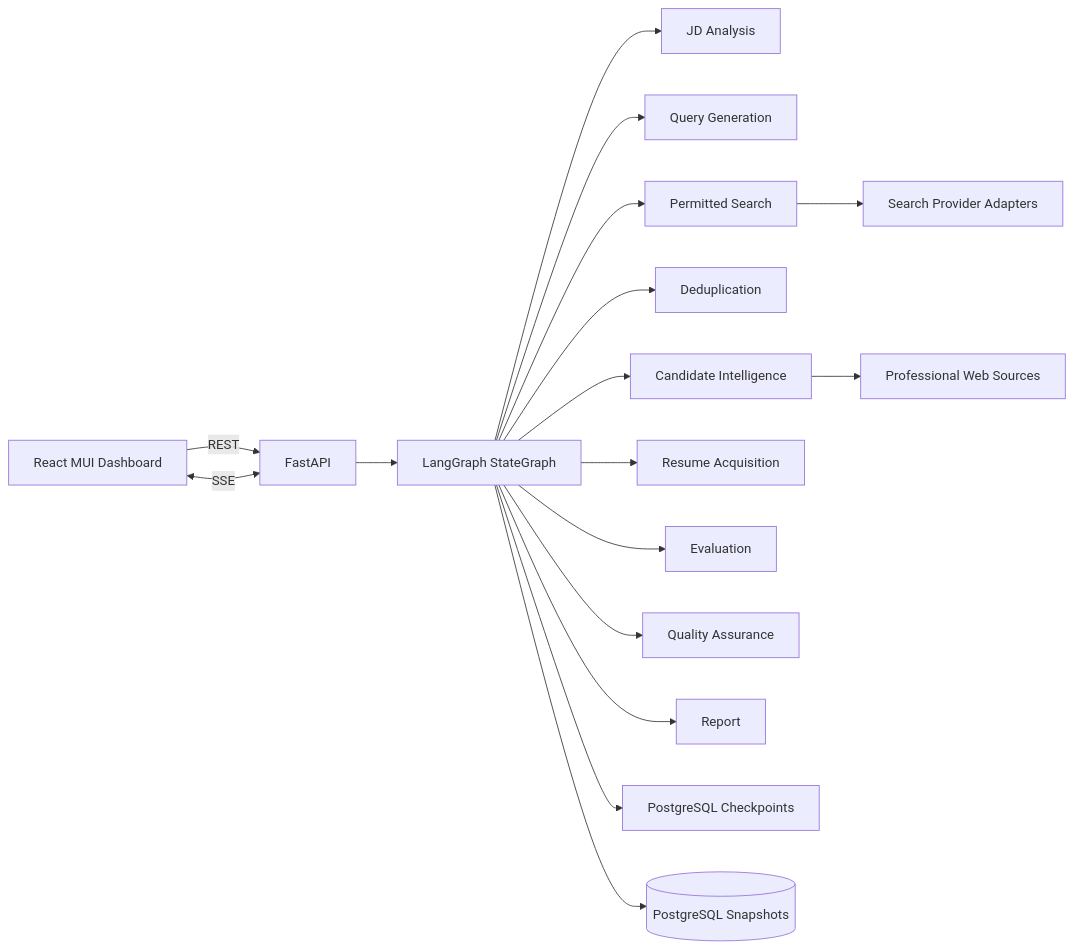
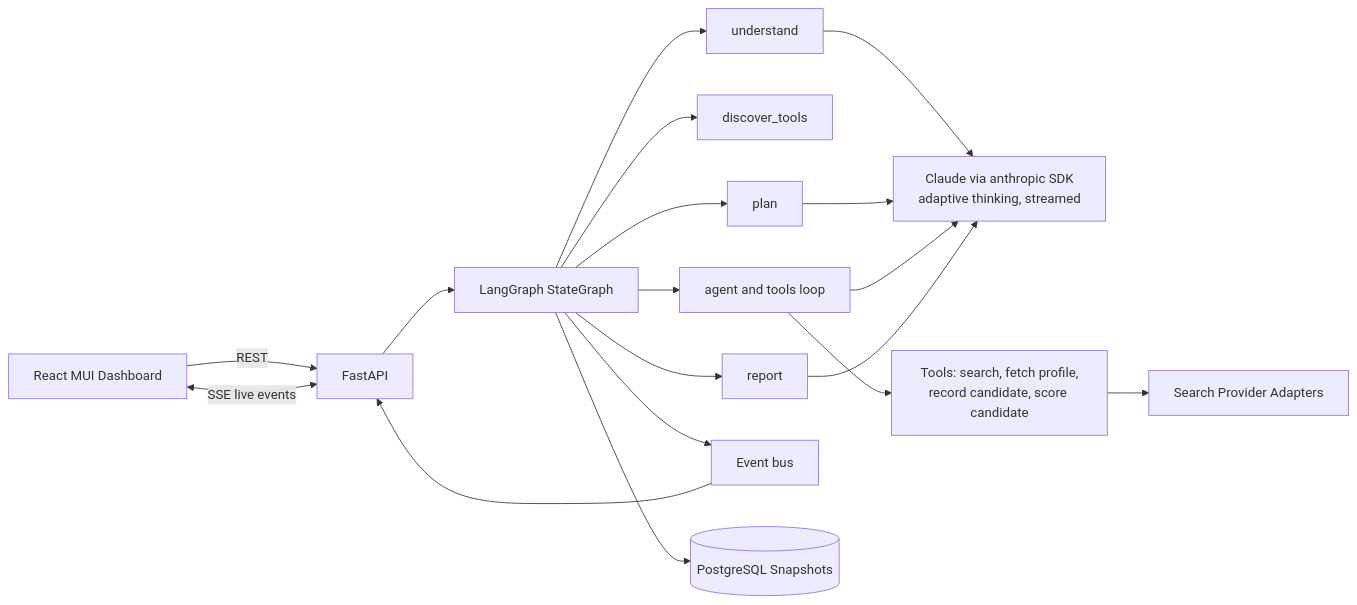
One commit to tmhui94/langGraph_demo changed the diagram in docs/architecture.md. Above: the diagram before and after it, drawn with Mermaid. The commit also changed other lines of this file and 16 other files, not shown here.

First line of the commit message:
feat: integrate live agent execution with event streaming

````diff
--- a/docs/architecture.md
+++ b/docs/architecture.md
@@ -3,19 +3,20 @@
 ```mermaid
 flowchart LR
   R[React MUI Dashboard] -->|REST| A[FastAPI]
-  R <-->|SSE| A
+  R <-->|SSE live events| A
   A --> G[LangGraph StateGraph]
-  G --> JD[JD Analysis]
-  G --> QS[Query Generation]
-  G --> S[Permitted Search]
-  G --> D[Deduplication]
-  G --> C[Candidate Intelligence]
-  G --> CV[Resume Acquisition]
-  G --> E[Evaluation]
-  G --> Q[Quality Assurance]
-  G --> RP[Report]
-  G --> CP[PostgreSQL Checkpoints]
+  G --> N1[understand]
+  G --> N2[discover_tools]
+  G --> N3[plan]
+  G --> N4[agent and tools loop]
+  G --> N5[report]
+  N1 --> L[Claude via anthropic SDK<br/>adaptive thinking, streamed]
+  N3 --> L
+  N4 --> L
+  N5 --> L
+  N4 --> TL[Tools: search, fetch profile,<br/>record candidate, score candidate]
+  TL --> P[Search Provider Adapters]
+  G --> EB[Event bus]
+  EB --> A
   G --> DB[(PostgreSQL Snapshots)]
-  S --> P[Search Provider Adapters]
-  C --> W[Professional Web Sources]
 ```
````
